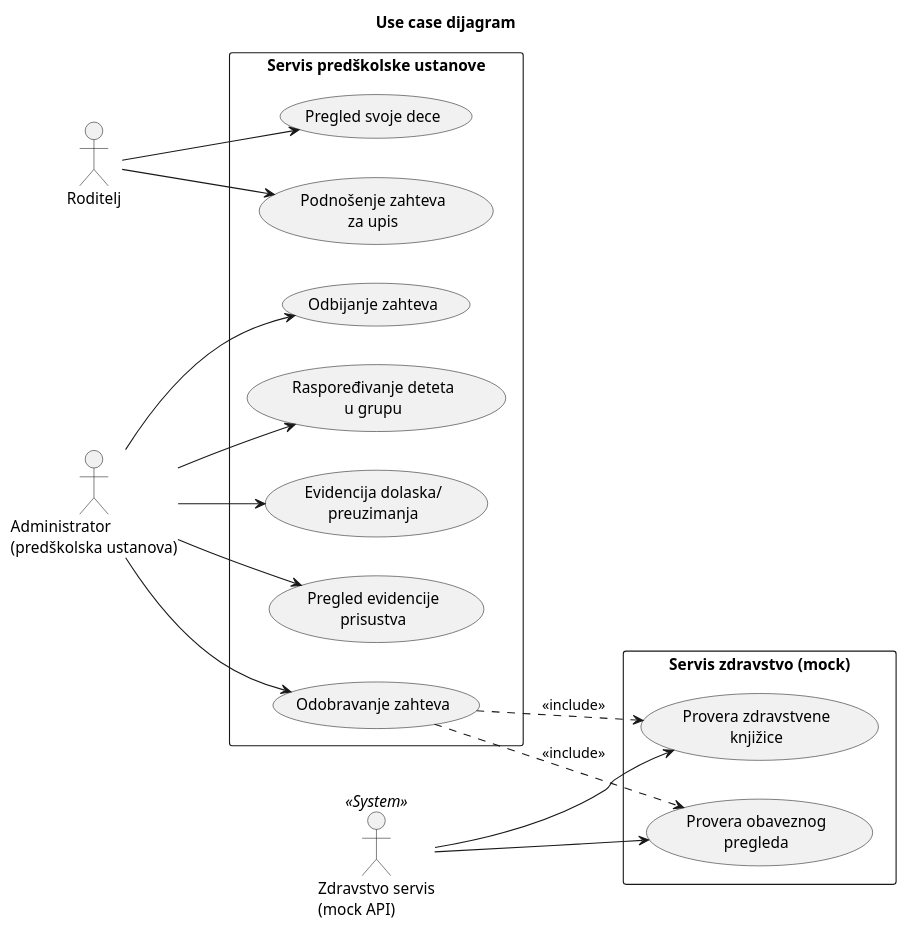
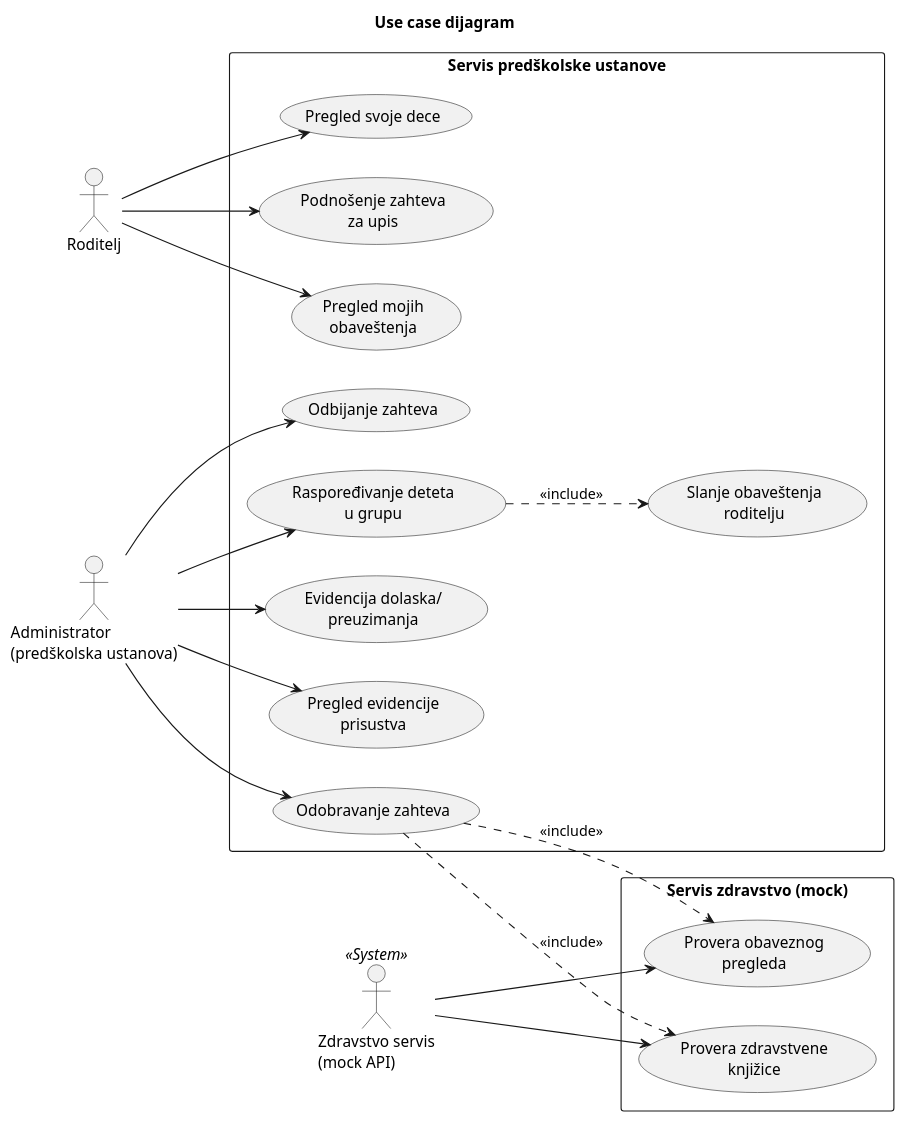
One commit to StojkovSR11/Tehnologije-i-sistemi-eUprave changed the diagram in diagrams/use_case_diagram.puml. Above: the diagram before and after it, drawn with PlantUML. The commit also changed 11 other files, not shown here.

```diff
--- a/diagrams/use_case_diagram.puml
+++ b/diagrams/use_case_diagram.puml
@@ -1,38 +1,42 @@
 @startuml
 title Use case dijagram
 left to right direction
 
 actor "Roditelj" as Roditelj
 actor "Administrator\n(predškolska ustanova)" as Admin
 actor "Zdravstvo servis\n(mock API)" as ZdrSrv <<System>>
 
 rectangle "Servis predškolske ustanove" as Predskolsko {
   usecase "Pregled svoje dece" as UC_MojaDeca
   usecase "Podnošenje zahteva\nza upis" as UC_Podnesi
   usecase "Odobravanje zahteva" as UC_Odobri
   usecase "Odbijanje zahteva" as UC_Odbij
   usecase "Raspoređivanje deteta\nu grupu" as UC_Grupa
+  usecase "Slanje obaveštenja\nroditelju" as UC_Obavesti
+  usecase "Pregled mojih\nobaveštenja" as UC_MojaObav
   usecase "Evidencija dolaska/\npreuzimanja" as UC_Evidencija
   usecase "Pregled evidencije\nprisustva" as UC_PregledPrisustva
 }
 
 rectangle "Servis zdravstvo (mock)" as Zdravstvo {
   usecase "Provera zdravstvene\nknjižice" as UC_Knjizica
   usecase "Provera obaveznog\npregleda" as UC_Pregled
 }
 
 Roditelj --> UC_MojaDeca
 Roditelj --> UC_Podnesi
+Roditelj --> UC_MojaObav
 
 Admin --> UC_Odobri
 Admin --> UC_Odbij
 Admin --> UC_Grupa
 Admin --> UC_Evidencija
 Admin --> UC_PregledPrisustva
 
+UC_Grupa ..> UC_Obavesti : <<include>>
 UC_Odobri ..> UC_Knjizica : <<include>>
 UC_Odobri ..> UC_Pregled : <<include>>
 ZdrSrv --> UC_Knjizica
 ZdrSrv --> UC_Pregled
 
 @enduml
```
